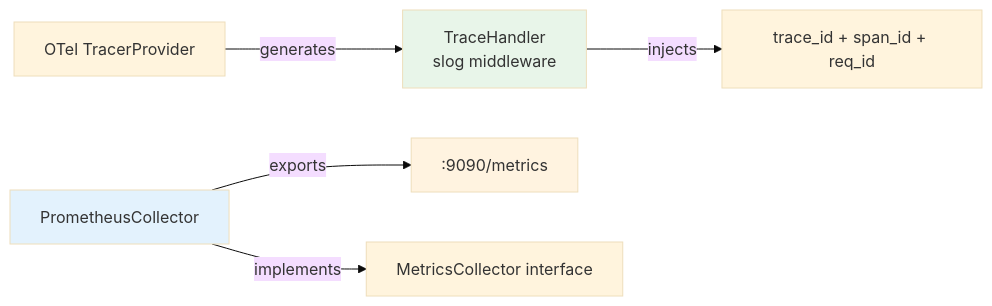
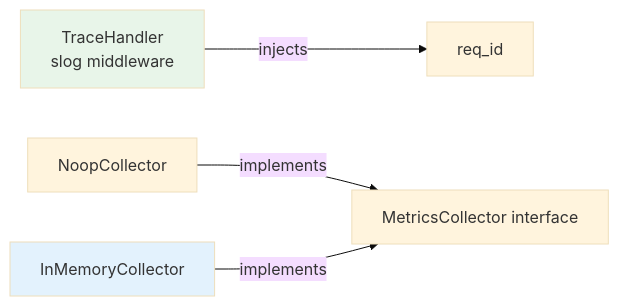
One commit to dangnmh/crypto-bot changed the third of 3 diagrams in docs/tech/architecture.md. Above: the diagram before and after it, drawn with Mermaid (base theme). The commit also changed other lines of this file and 122 other files, not shown here.

````diff
--- a/docs/tech/architecture.md
+++ b/docs/tech/architecture.md
@@ -386,11 +326,9 @@
 ```mermaid
 graph LR
-    A["TraceHandler<br/>slog middleware"] -->|injects| B["trace_id + span_id + req_id"]
-    C["OTel TracerProvider"] -->|generates| A
-    D["PrometheusCollector"] -->|exports| E[":9090/metrics"]
-    D -->|implements| F["MetricsCollector interface"]
+    A["TraceHandler<br/>slog middleware"] -->|injects| B["req_id"]
+    C["NoopCollector"] -->|implements| F["MetricsCollector interface"]
+    D["InMemoryCollector"] -->|implements| F
 
     style A fill:#e8f5e9
     style D fill:#e3f2fd
-    style E fill:#fff3e0
 ```
````
